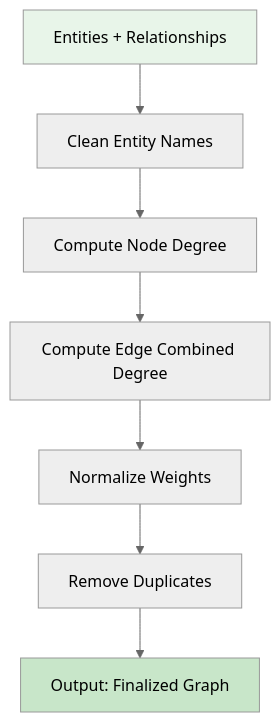
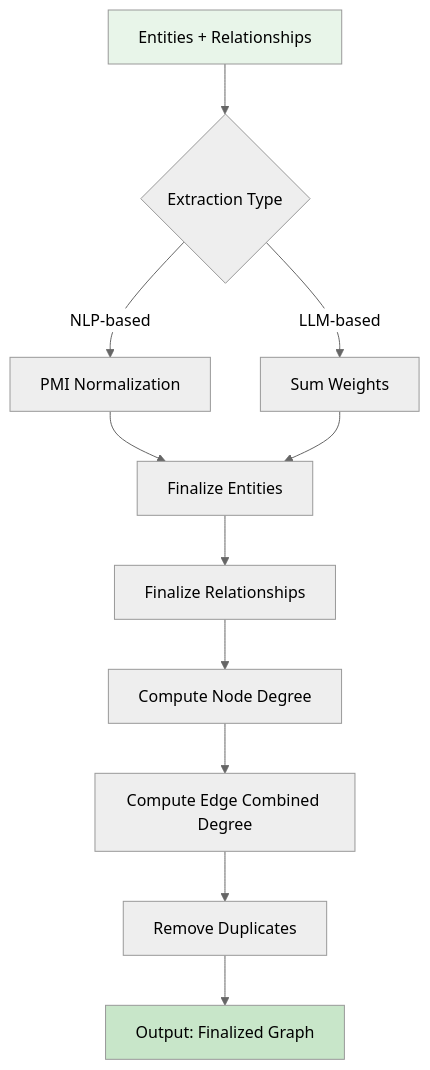
The sixth of 11 diagrams in docs/tunh/GRAPHRAG_INDEXING_FLOW.md (huytu0702/gtog), drawn with Mermaid (neutral theme) before and after one commit. The commit also changed other lines of this file and 6 other files, not shown here.

````diff
--- a/docs/tunh/GRAPHRAG_INDEXING_FLOW.md
+++ b/docs/tunh/GRAPHRAG_INDEXING_FLOW.md
@@ -270,12 +300,16 @@
 ```mermaid
 graph TB
-    A[Entities + Relationships] --> B[Clean Entity Names]
-    B --> C[Compute Node Degree]
-    C --> D[Compute Edge Combined Degree]
-    D --> E[Normalize Weights]
-    E --> F[Remove Duplicates]
-    F --> G[Output: Finalized Graph]
+    A[Entities + Relationships] --> B{Extraction Type}
+    B -->|NLP-based| C[PMI Normalization]
+    B -->|LLM-based| D[Sum Weights]
+    C --> E[Finalize Entities]
+    D --> E
+    E --> F[Finalize Relationships]
+    F --> G[Compute Node Degree]
+    G --> H[Compute Edge Combined Degree]
+    H --> I[Remove Duplicates]
+    I --> J[Output: Finalized Graph]
     
     style A fill:#e8f5e9
-    style G fill:#c8e6c9
+    style J fill:#c8e6c9
 ```
````
